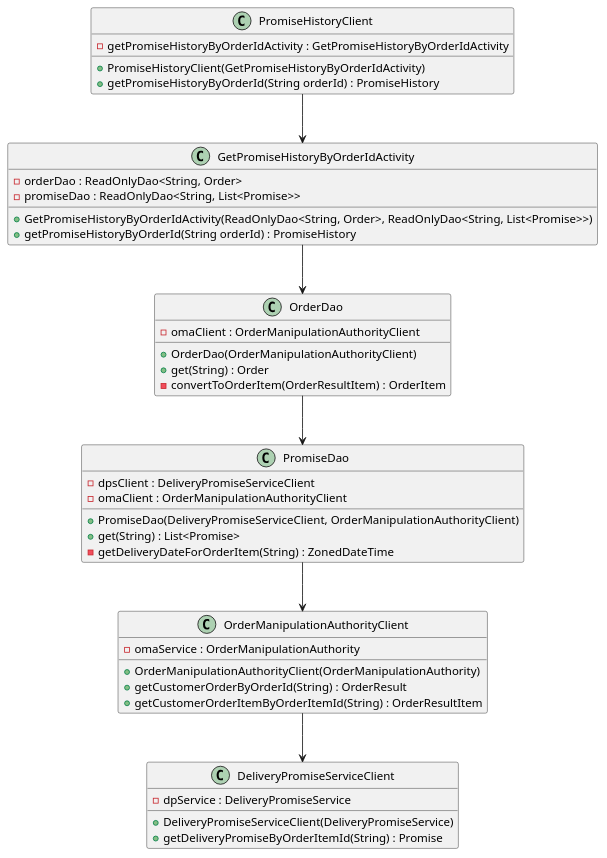
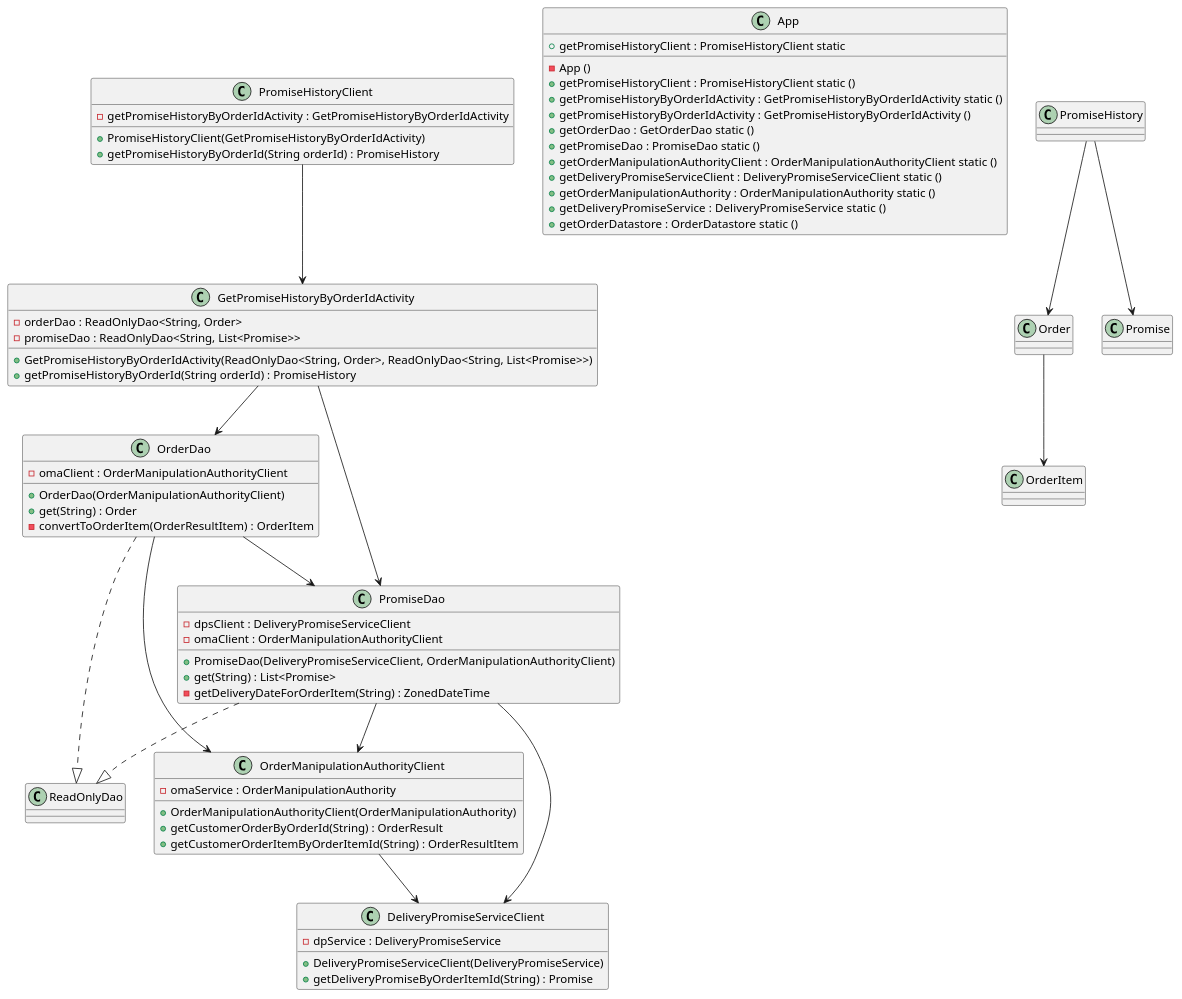
One commit to BloomTechBackend/bd-intermediate-java-project-ivesrementina changed the diagram in src/resources/deliveringonourpromise_CD.puml. Above: the diagram before and after it, drawn with PlantUML. The commit also changed 12 other files, not shown here.

```diff
--- a/src/resources/deliveringonourpromise_CD.puml
+++ b/src/resources/deliveringonourpromise_CD.puml
@@ -1,54 +1,81 @@
 @startuml
 class PromiseHistoryClient{
 - getPromiseHistoryByOrderIdActivity : GetPromiseHistoryByOrderIdActivity
 
 + PromiseHistoryClient(GetPromiseHistoryByOrderIdActivity)
 + getPromiseHistoryByOrderId(String orderId) : PromiseHistory
 }
 
 class GetPromiseHistoryByOrderIdActivity{
 - orderDao : ReadOnlyDao<String, Order>
 - promiseDao : ReadOnlyDao<String, List<Promise>>
 
 + GetPromiseHistoryByOrderIdActivity(ReadOnlyDao<String, Order>, ReadOnlyDao<String, List<Promise>>)
 + getPromiseHistoryByOrderId(String orderId) : PromiseHistory
 }
 
 class OrderDao{
 - omaClient : OrderManipulationAuthorityClient
 
 + OrderDao(OrderManipulationAuthorityClient)
 + get(String) : Order
 - convertToOrderItem(OrderResultItem) : OrderItem
 }
 
 class PromiseDao{
 - dpsClient : DeliveryPromiseServiceClient
 - omaClient : OrderManipulationAuthorityClient
 
 + PromiseDao(DeliveryPromiseServiceClient, OrderManipulationAuthorityClient)
 + get(String) : List<Promise>
 - getDeliveryDateForOrderItem(String) : ZonedDateTime
 }
 
 class OrderManipulationAuthorityClient{
 - omaService : OrderManipulationAuthority
 
 + OrderManipulationAuthorityClient(OrderManipulationAuthority)
 + getCustomerOrderByOrderId(String) : OrderResult
 + getCustomerOrderItemByOrderItemId(String) : OrderResultItem
 }
 
 class DeliveryPromiseServiceClient{
 - dpService : DeliveryPromiseService
 
 + DeliveryPromiseServiceClient(DeliveryPromiseService)
 + getDeliveryPromiseByOrderItemId(String) : Promise
 }
 
+class App {
++ getPromiseHistoryClient : PromiseHistoryClient static
+}
+
+class App {
+- App ()
++ getPromiseHistoryClient : PromiseHistoryClient static ()
+            + getPromiseHistoryByOrderIdActivity : GetPromiseHistoryByOrderIdActivity static ()
+            + getPromiseHistoryByOrderIdActivity : GetPromiseHistoryByOrderIdActivity ()
++ getOrderDao : GetOrderDao static ()
+            + getPromiseDao : PromiseDao static ()
+            + getOrderManipulationAuthorityClient : OrderManipulationAuthorityClient static ()
+            + getDeliveryPromiseServiceClient : DeliveryPromiseServiceClient static ()
+            + getOrderManipulationAuthority : OrderManipulationAuthority static ()
+            + getDeliveryPromiseService :   DeliveryPromiseService static ()
+            + getOrderDatastore : OrderDatastore static ()
+}
+
 PromiseHistoryClient --> GetPromiseHistoryByOrderIdActivity
 GetPromiseHistoryByOrderIdActivity --> OrderDao
 OrderDao --> PromiseDao
 PromiseDao --> OrderManipulationAuthorityClient
 OrderManipulationAuthorityClient --> DeliveryPromiseServiceClient
+
+Order --> OrderItem
+PromiseDao --> DeliveryPromiseServiceClient
+OrderDao --> OrderManipulationAuthorityClient
+GetPromiseHistoryByOrderIdActivity --> PromiseDao
+PromiseHistory --> Order
+PromiseHistory --> Promise
+OrderDao ..|> ReadOnlyDao
+PromiseDao ..|> ReadOnlyDao
 @enduml
```
